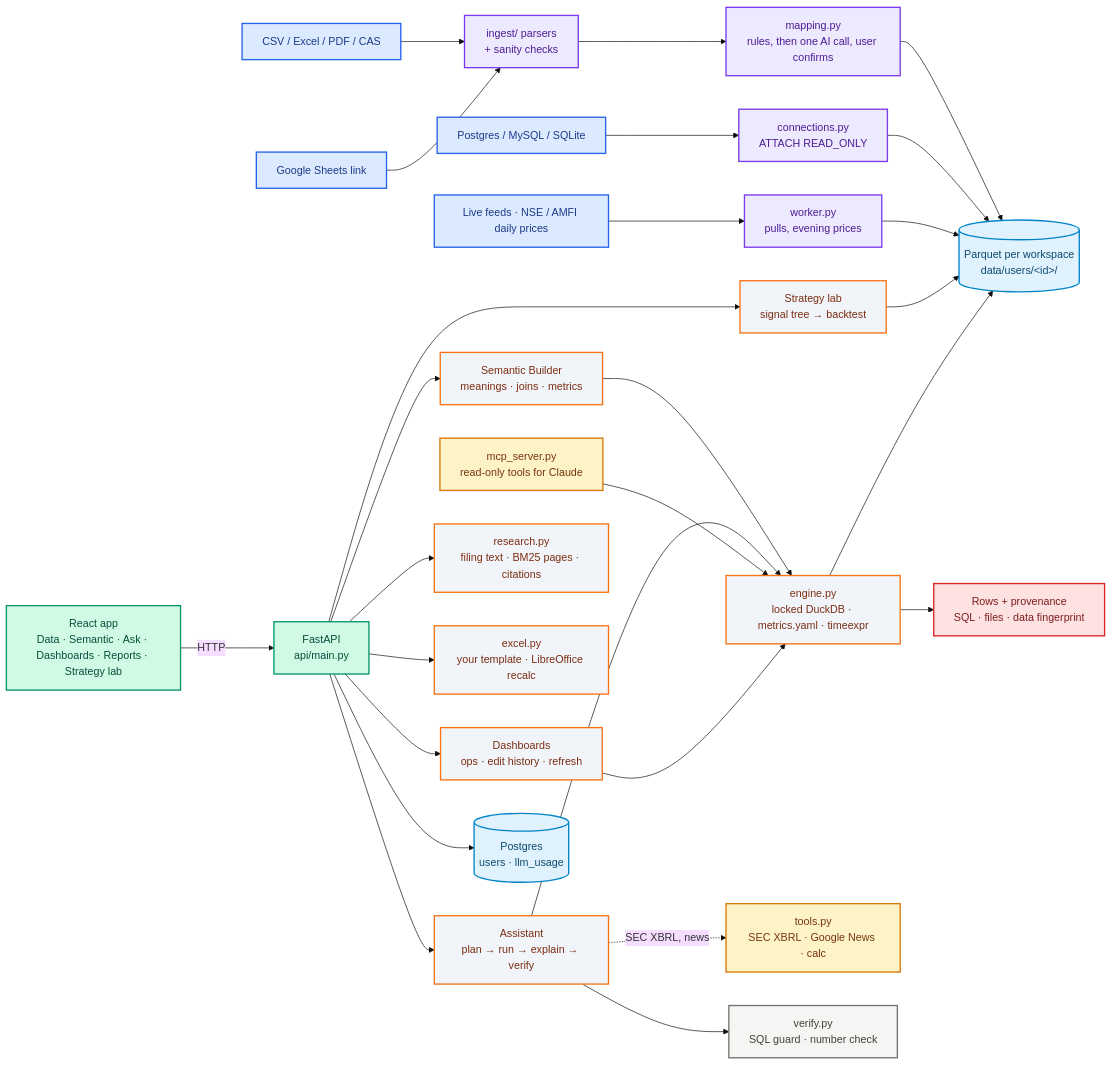
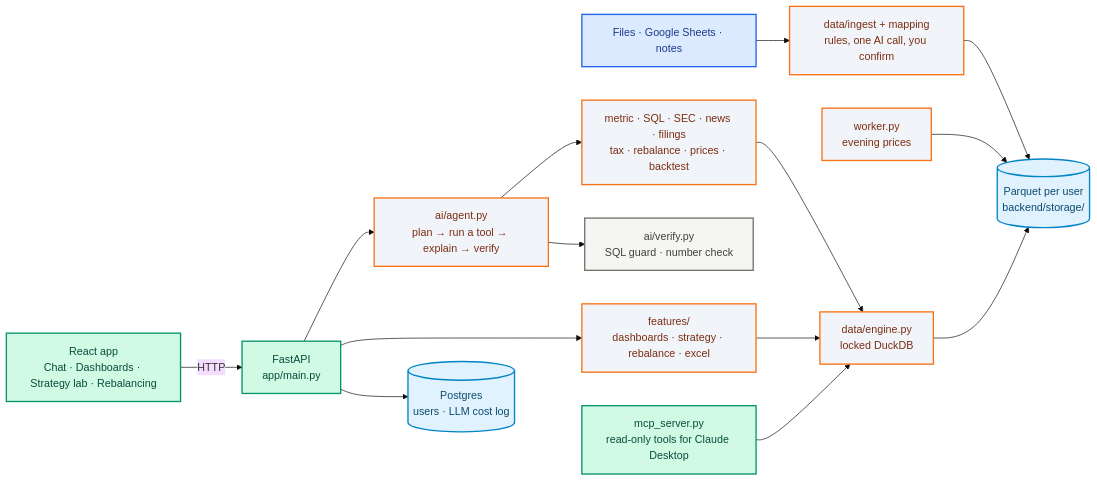
The diagram in README.md (AmanDataGuy/WealthOS), drawn with Mermaid (base theme) before and after one commit. The commit also changed other lines of this file and 2 other files, not shown here.

Commit message:
readme and security notes for the new layout

````diff
--- a/README.md
+++ b/README.md
@@ -32,41 +38,23 @@
 ```mermaid
 flowchart LR
     classDef input fill:#dbeafe,stroke:#2563eb,stroke-width:2px,color:#1e3a8a
     classDef interface fill:#d1fae5,stroke:#059669,stroke-width:2px,color:#064e3b
-    classDef mcp fill:#fef3c7,stroke:#d97706,stroke-width:2px,color:#78350f
-    classDef mcpdead fill:#f5f5f4,stroke:#a8a29e,stroke-width:1px,color:#78716c,stroke-dasharray: 4 3
-    classDef graphnode fill:#f1f5f9,stroke:#f97316,stroke-width:2px,color:#7c2d12
-    classDef intel fill:#ede9fe,stroke:#7c3aed,stroke-width:2px,color:#4c1d95
+    classDef core fill:#f1f5f9,stroke:#f97316,stroke-width:2px,color:#7c2d12
     classDef data fill:#e0f2fe,stroke:#0284c7,stroke-width:2px,color:#0c4a6e
-    classDef output fill:#fee2e2,stroke:#dc2626,stroke-width:2px,color:#7f1d1d
-    classDef separate fill:#f5f5f4,stroke:#78716c,stroke-width:2px,color:#44403c
+    classDef guard fill:#f5f5f4,stroke:#78716c,stroke-width:2px,color:#44403c
 
-    Files[CSV / Excel / PDF / CAS]:::input --> Ingest[ingest/ parsers<br>+ sanity checks]:::intel
-    DB[Postgres / MySQL / SQLite]:::input --> Conn[connections.py<br>ATTACH READ_ONLY]:::intel
-    Sheets[Google Sheets link]:::input --> Ingest
-    Feeds["Live feeds · NSE / AMFI daily prices"]:::input --> Worker[worker.py<br>pulls, evening prices]:::intel
+    Files[Files · Google Sheets · notes]:::input --> Ingest[data/ingest + mapping<br>rules, one AI call, you confirm]:::core
+    Ingest --> PQ[(Parquet per user<br>backend/storage/)]:::data
+    Worker[worker.py<br>evening prices]:::core --> PQ
 
-    Ingest --> Map[mapping.py<br>rules, then one AI call, user confirms]:::intel
-    Map --> PQ[(Parquet per workspace<br>data/users/&lt;id&gt;/)]:::data
-    Conn --> PQ
-    Worker --> PQ
-
-    UI[React app<br>Data · Semantic · Ask · Dashboards · Reports · Strategy lab]:::interface -- HTTP --> API[FastAPI<br>api/main.py]:::interface
-    API --> Sem[Semantic Builder<br>meanings · joins · metrics]:::graphnode
-    API --> Agent[Assistant<br>plan → run → explain → verify]:::graphnode
-    API --> Dash[Dashboards<br>ops · edit history · refresh]:::graphnode
-    API --> Strat[Strategy lab<br>signal tree → backtest]:::graphnode
-    API --> Research[research.py<br>filing text · BM25 pages · citations]:::graphnode
-    API --> Excel[excel.py<br>your template · LibreOffice recalc]:::graphnode
-
-    Sem --> Engine[engine.py<br>locked DuckDB · metrics.yaml · timeexpr]:::graphnode
-    Agent --> Engine
-    MCP[mcp_server.py<br>read-only tools for Claude]:::mcp --> Engine
-    Dash --> Engine
-    Strat --> PQ
+    UI[React app<br>Chat · Dashboards · Strategy lab · Rebalancing]:::interface -- HTTP --> API[FastAPI<br>app/main.py]:::interface
+    API --> Agent[ai/agent.py<br>plan → run a tool → explain → verify]:::core
+    Agent --> Tools[metric · SQL · SEC · news · filings<br>tax · rebalance · prices · backtest]:::core
+    Tools --> Engine[data/engine.py<br>locked DuckDB]:::core
+    API --> Features[features/<br>dashboards · strategy · rebalance · excel]:::core
+    Features --> Engine
     Engine --> PQ
-    Agent -. "SEC XBRL, news" .-> Tools[tools.py<br>SEC XBRL · Google News · calc]:::mcp
-    Engine --> Out[Rows + provenance<br>SQL · files · data fingerprint]:::output
-    Agent --> Verify[verify.py<br>SQL guard · number check]:::separate
-    API --> PG[(Postgres<br>users · llm_usage)]:::data
+    Agent --> Verify[ai/verify.py<br>SQL guard · number check]:::guard
+    MCP[mcp_server.py<br>read-only tools for Claude Desktop]:::interface --> Engine
+    API --> PG[(Postgres<br>users · LLM cost log)]:::data
 ```
````
